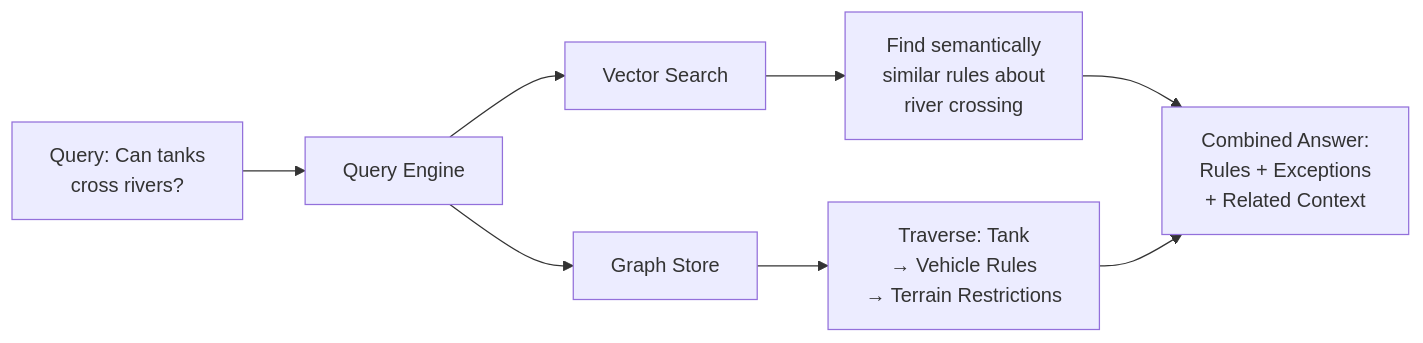
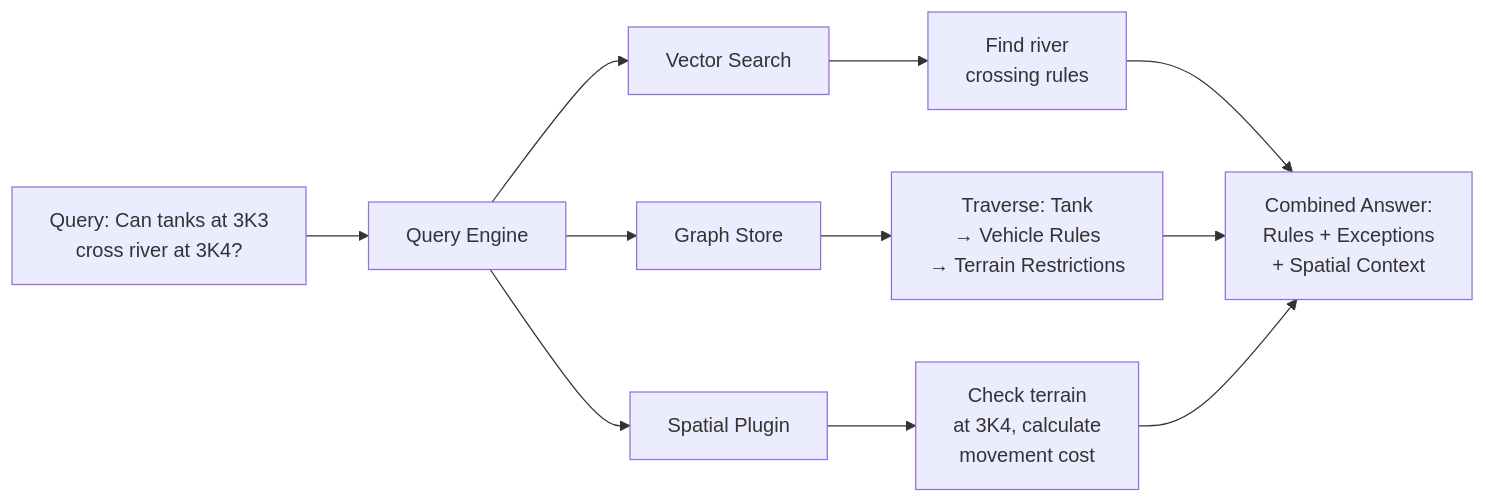
Before and after one commit to LimboDancer-Canary/LimboDancer.MCP: the third of 4 diagrams in docs/limbodancer-system-design.md, drawn with Mermaid. The commit also changed other lines of this file and 2 other files, not shown here.

````diff
--- a/docs/limbodancer-system-design.md
+++ b/docs/limbodancer-system-design.md
@@ -177,14 +220,18 @@
 ```mermaid
 flowchart LR
-    Q[Query: Can tanks<br/>cross rivers?] --> QE[Query Engine]
+    Q[Query: Can tanks at 3K3<br/>cross river at 3K4?] --> QE[Query Engine]
     
     QE --> VS[Vector Search]
     QE --> GS[Graph Store]
+    QE --> SP[Spatial Plugin]
     
-    VS --> R1[Find semantically<br/>similar rules about<br/>river crossing]
+    VS --> R1[Find river<br/>crossing rules]
     
     GS --> R2[Traverse: Tank<br/>→ Vehicle Rules<br/>→ Terrain Restrictions]
     
-    R1 --> A[Combined Answer:<br/>Rules + Exceptions<br/>+ Related Context]
+    SP --> R3[Check terrain<br/>at 3K4, calculate<br/>movement cost]
+    
+    R1 --> A[Combined Answer:<br/>Rules + Exceptions<br/>+ Spatial Context]
     R2 --> A
+    R3 --> A
 ```
````
